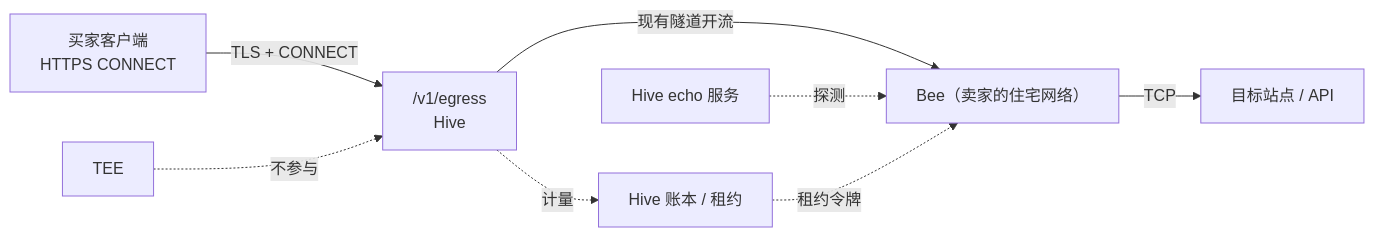
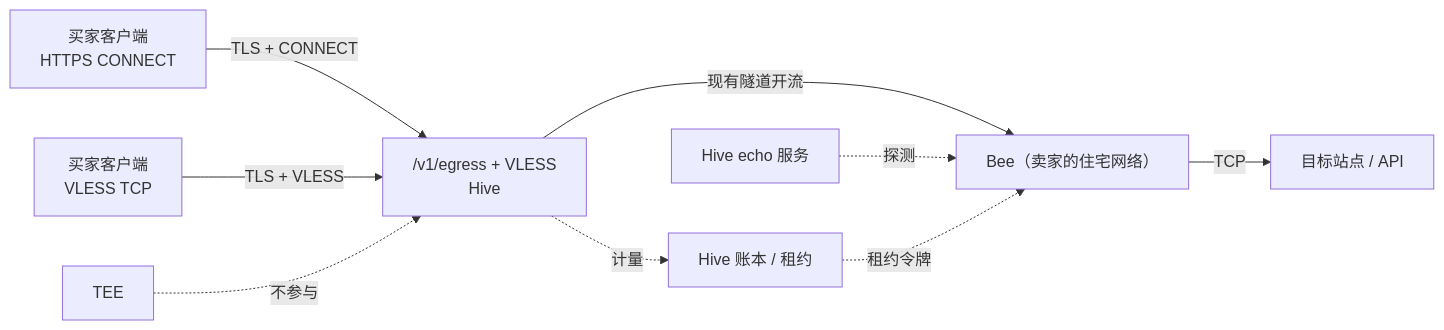
Before and after one commit to tokhive/tee: the diagram in docs/residential-egress-market.md, drawn with Mermaid. The commit also changed other lines of this file and 1 other file, not shown here.

First line of the commit message:
docs: record the VLESS TCP egress entry

````diff
--- a/docs/residential-egress-market.md
+++ b/docs/residential-egress-market.md
@@ -158,10 +174,11 @@
 ```mermaid
 flowchart LR
-    B["买家客户端<br/>HTTPS CONNECT"] -->|TLS + CONNECT| E["/v1/egress<br/>Hive"]
+    B["买家客户端<br/>HTTPS CONNECT"] -->|TLS + CONNECT| E["/v1/egress + VLESS<br/>Hive"]
+    V["买家客户端<br/>VLESS TCP"] -->|TLS + VLESS| E
     E -->|现有隧道开流| A["Bee（卖家的住宅网络）"]
     A -->|TCP| U["目标站点 / API"]
     E -.计量.-> L["Hive 账本 / 租约"]
     P["Hive echo 服务"] -.探测.-> A
     L -.租约令牌.-> A
     T["TEE"] -.不参与.-> E
 ```
````
